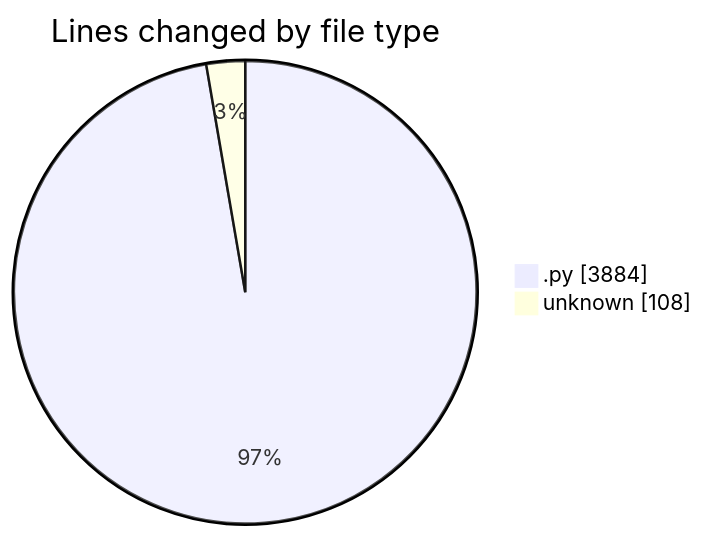
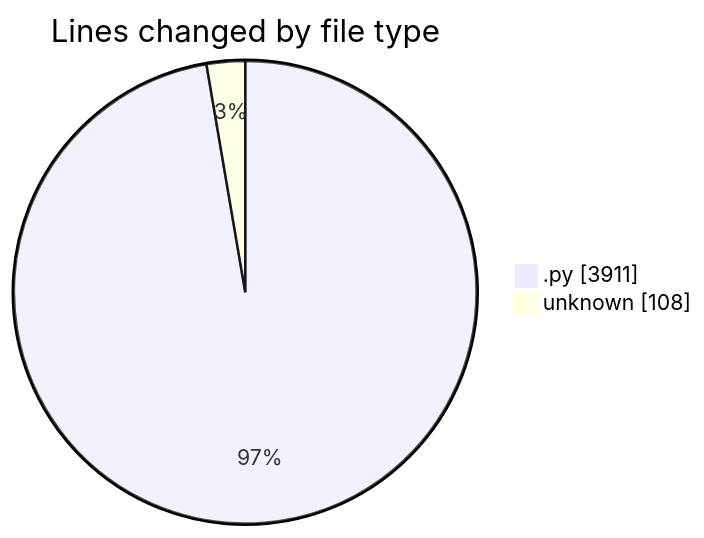
One commit to julien-gomy/code-tracking changed the first of 2 diagrams in 2025-11-21/eventscop-api-guide__workspace_/README.md. Above: the diagram before and after it, drawn with Mermaid. The commit also changed other lines of this file and 1 other file, not shown here.

````diff
--- a/2025-11-21/eventscop-api-guide__workspace_/README.md
+++ b/2025-11-21/eventscop-api-guide__workspace_/README.md
@@ -39,6 +39,6 @@
 ```mermaid
 pie showData
 title Lines changed by file type
-".py" : 3884
+".py" : 3911
 "unknown" : 108
 ```
````
